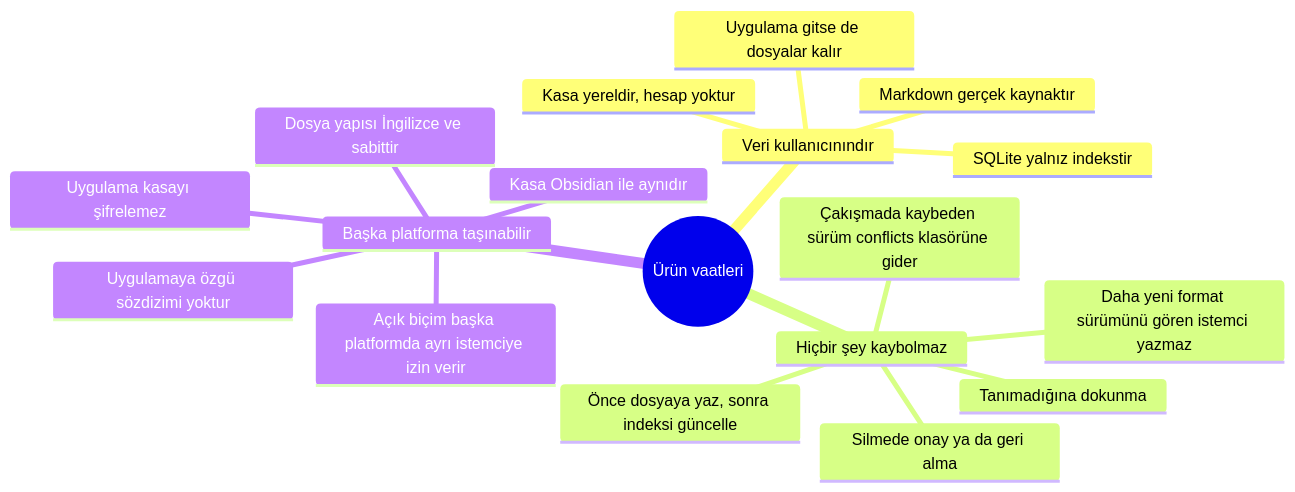
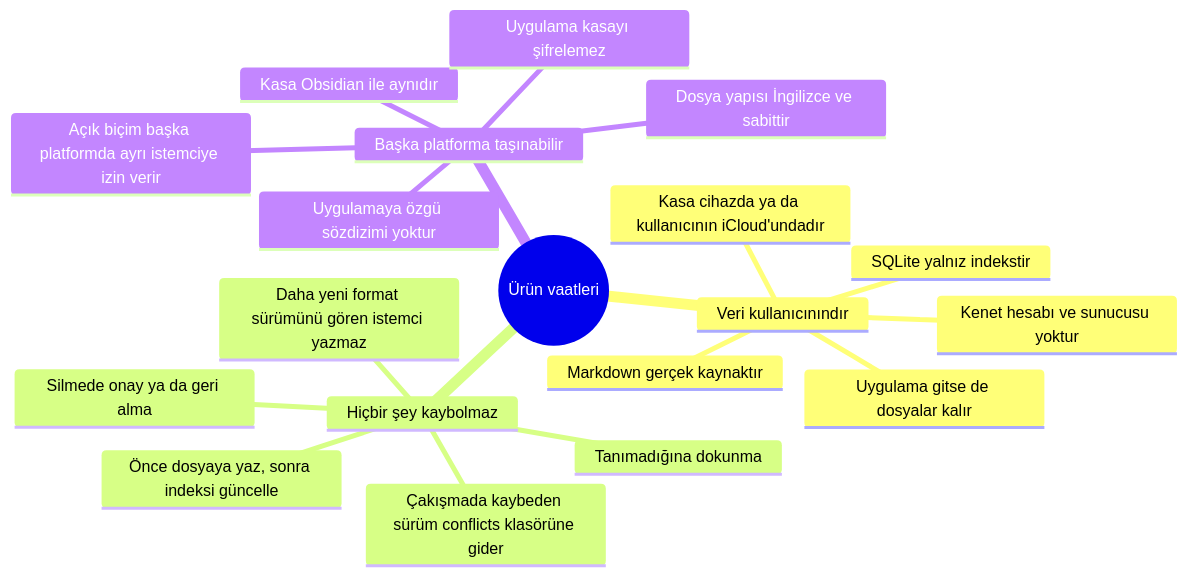
Before and after one commit to dogancanyildiz/kenet: the first of 3 diagrams in docs/product.md, drawn with Mermaid. The commit also changed other lines of this file and 9 other files, not shown here.

````diff
--- a/docs/product.md
+++ b/docs/product.md
@@ -38,21 +38,22 @@
 ```mermaid
 mindmap
   root((Ürün vaatleri))
     Veri kullanıcınındır
       Markdown gerçek kaynaktır
       SQLite yalnız indekstir
-      Kasa yereldir, hesap yoktur
+      Kasa cihazda ya da kullanıcının iCloud'undadır
+      Kenet hesabı ve sunucusu yoktur
       Uygulama gitse de dosyalar kalır
     Hiçbir şey kaybolmaz
       Önce dosyaya yaz, sonra indeksi güncelle
       Tanımadığına dokunma
       Çakışmada kaybeden sürüm conflicts klasörüne gider
       Silmede onay ya da geri alma
       Daha yeni format sürümünü gören istemci yazmaz
     Başka platforma taşınabilir
       Kasa Obsidian ile aynıdır
       Dosya yapısı İngilizce ve sabittir
       Uygulamaya özgü sözdizimi yoktur
       Uygulama kasayı şifrelemez
       Açık biçim başka platformda ayrı istemciye izin verir
 ```
````
